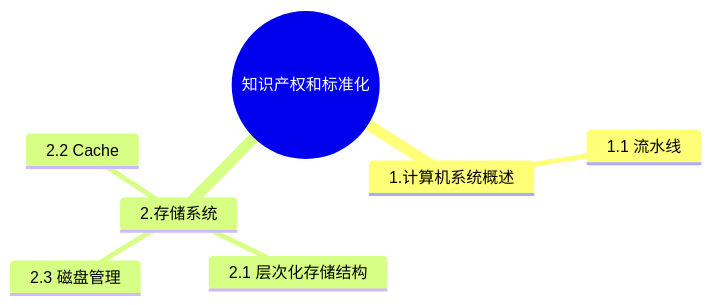
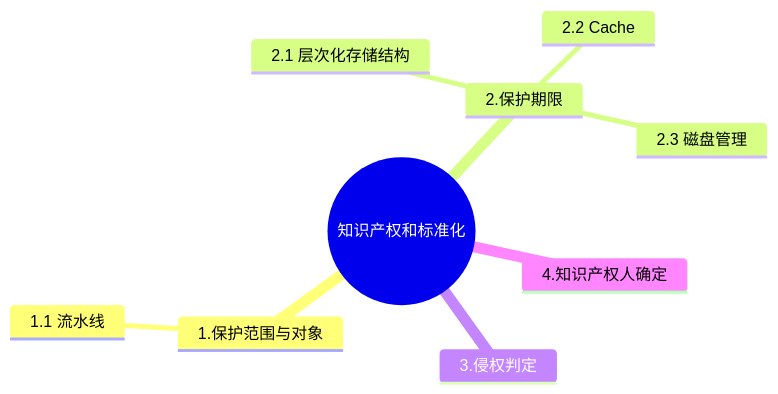
The diagram in content/RuanKao/notes/Patent_And_Standralization.md (AaronYang0628/docs), drawn with Mermaid before and after one commit. The commit also changed other lines of this file and 7 other files, not shown here.

````diff
--- a/content/RuanKao/notes/Patent_And_Standralization.md
+++ b/content/RuanKao/notes/Patent_And_Standralization.md
@@ -7,10 +7,12 @@
 ```mermaid
 mindmap
   root((知识产权和标准化))
-    1.计算机系统概述
+    1.保护范围与对象
         1.1 流水线
-    2.存储系统
+    2.保护期限
         2.1 层次化存储结构
         2.2 Cache
         2.3 磁盘管理
+    3.侵权判定
+    4.知识产权人确定
 ```
````
